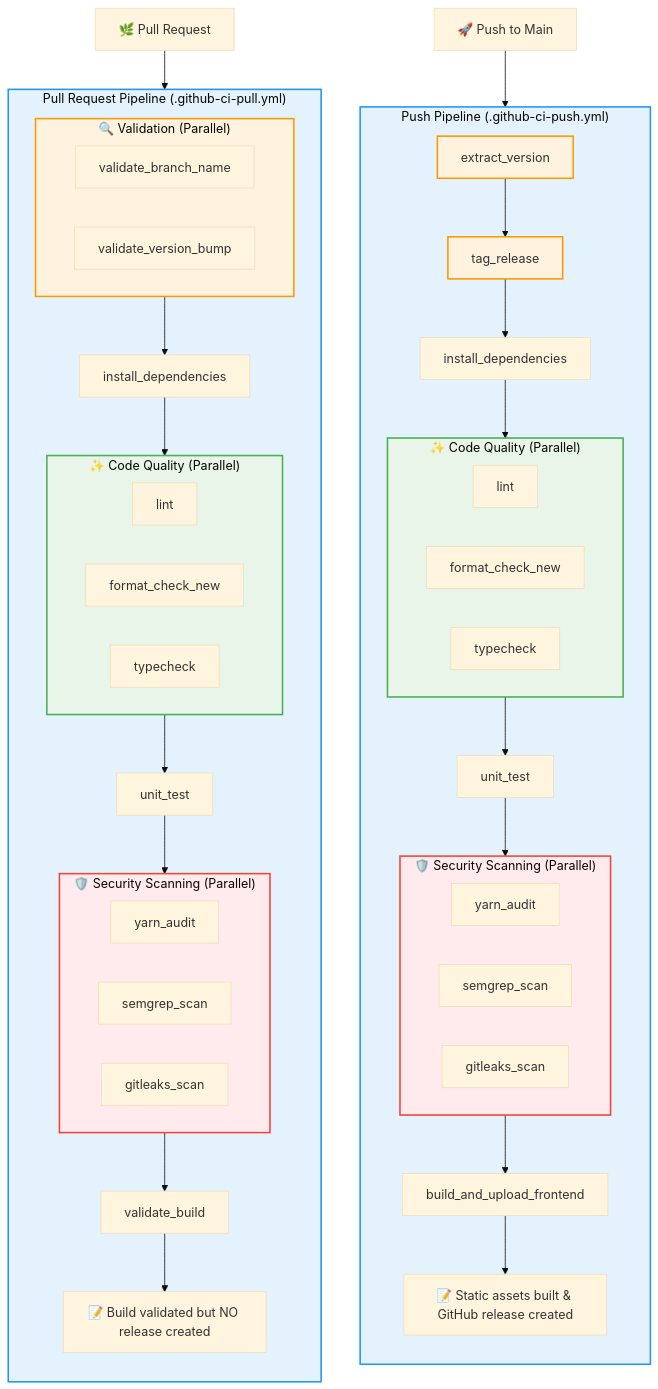
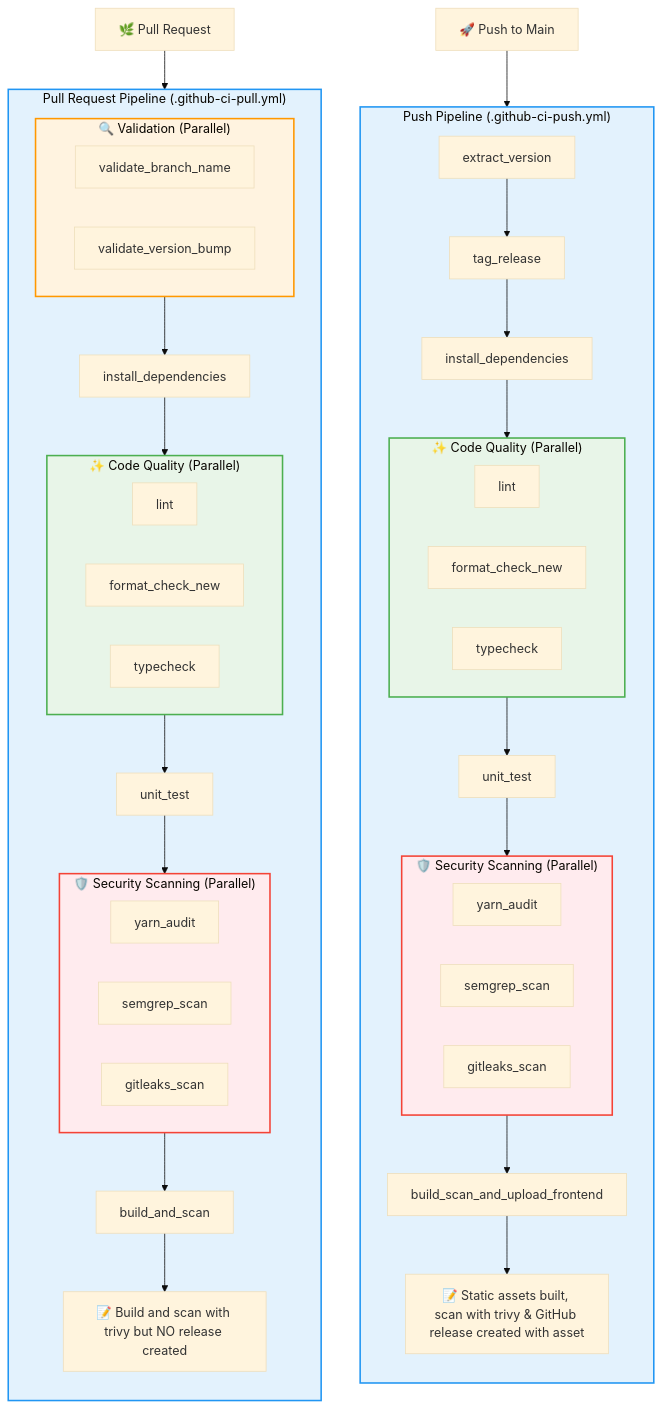
The diagram in README.md (wehrwolf217/Nodejs-Bestpractice-Cicd-Frontend), drawn with Mermaid (base theme) before and after one commit.

Commit message:
updated readme [ci skip]

```diff
--- a/README.md
+++ b/README.md
@@ -227,8 +227,8 @@
             BS3[gitleaks_scan]
         end
         
-        B6[validate_build]
-        B7[📝 Build validated but NO release created]
+        B6[build_and_scan]
+        B7[📝 Build and scan with trivy but NO release created]
         
         B1 --> B4
         B4 --> B2
@@ -259,8 +259,8 @@
             DS3[gitleaks_scan]
         end
         
-        D7[build_and_upload_frontend]
-        D8[📝 Static assets built & GitHub release created]
+        D7[build_scan_and_upload_frontend]
+        D8[📝 Static assets built, scan with trivy & GitHub release created with asset]
         
         D1 --> D2
         D2 --> D3
@@ -276,7 +276,7 @@
     classDef securityStyle fill:#ffebee,stroke:#f44336,stroke-width:2px
     classDef pipelineStyle fill:#e3f2fd,stroke:#2196f3,stroke-width:2px
     
-    class B1,D1,D2 validationStyle
+    class B1 validationStyle
     class B2,D4 qualityStyle
     class B3,D6 securityStyle
     class B,D pipelineStyle
```
